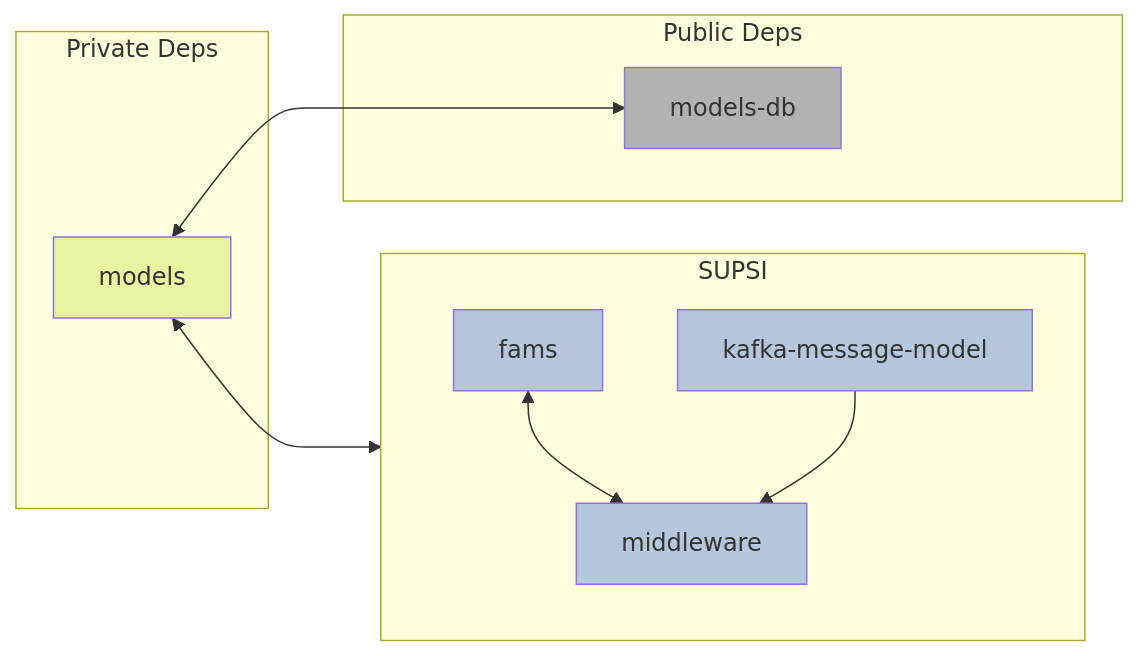
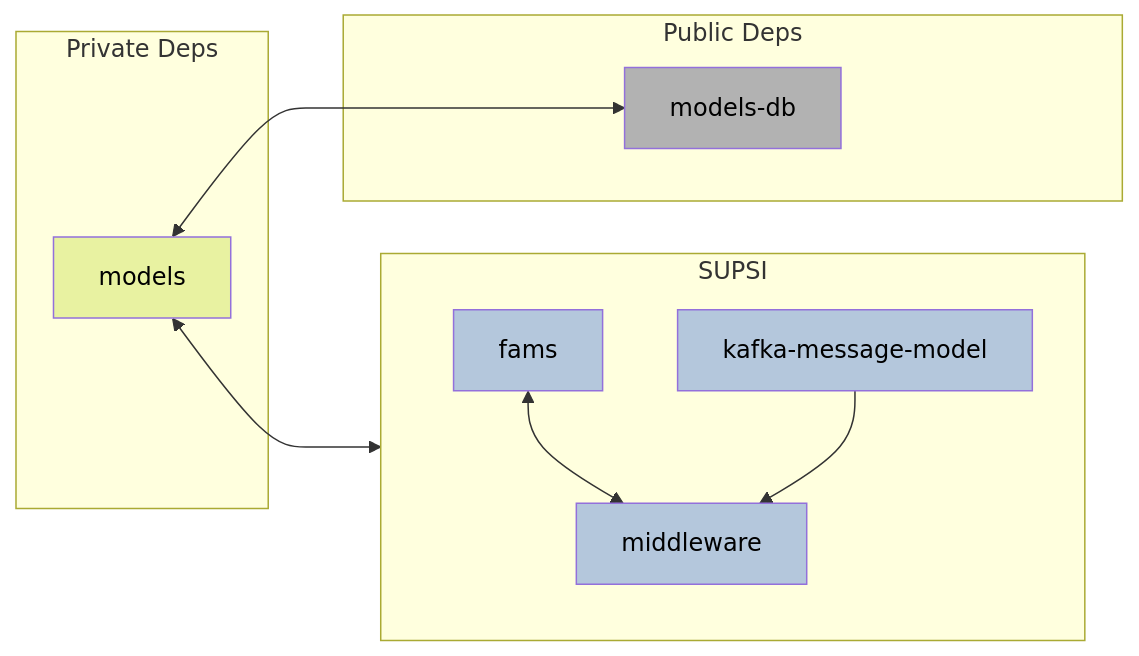
Before and after one commit to isteps-sps-lab/bf-fams: the diagram in docs/architecture.md, drawn with Mermaid. The commit also changed other lines of this file and 4 other files, not shown here.

````diff
--- a/docs/architecture.md
+++ b/docs/architecture.md
@@ -8,21 +8,21 @@
 ``` mermaid
 flowchart LR
-    classDef supsi fill:#B4C7DC;
-    classDef pub fill:#B2B2B2
-    classDef pvt fill:#E8F2A1
+    classDef supsi fill:#B4C7DC,color:#000;
+    classDef pub fill:#B2B2B2,color:#000;
+    classDef pvt fill:#E8F2A1,color:#000;
 
     subgraph SUPSI
     direction TB
     fams:::supsi <--> middleware:::supsi
     kafka-message-model:::supsi --> middleware:::supsi
     end
 
     subgraph Private Deps
     models:::pvt <--> fams:::supsi
     end
 
     subgraph Public Deps
     models:::pvt <--> models-db:::pub
     end
 
 ```
````
